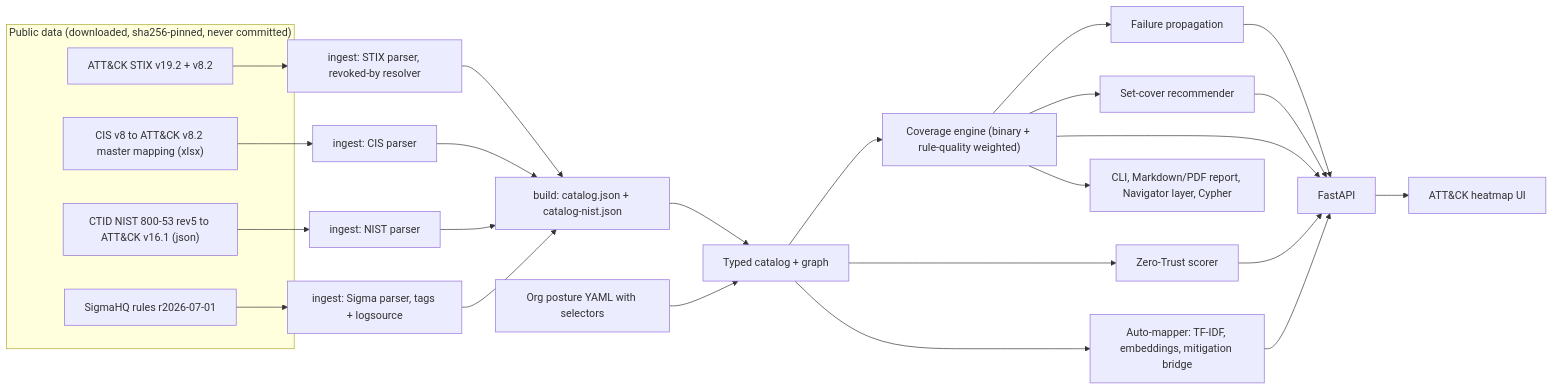
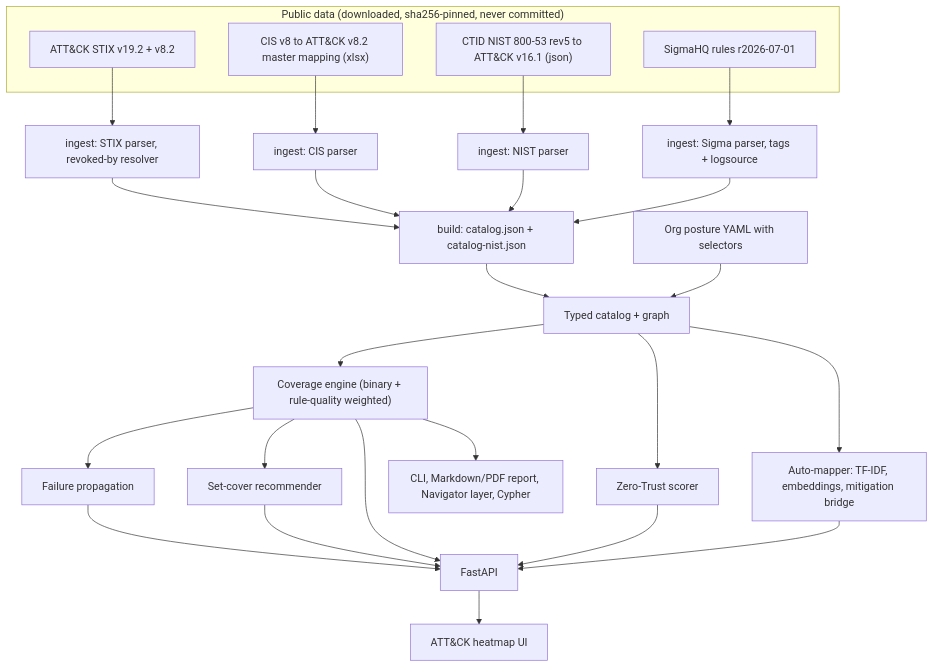
Before and after one commit to rakshit-737/vantage: the diagram in docs/architecture.md, drawn with Mermaid. The commit also changed 14 other files, not shown here.

````diff
--- a/docs/architecture.md
+++ b/docs/architecture.md
@@ -3,31 +3,31 @@
 ```mermaid
-flowchart LR
+flowchart TB
   subgraph DATA["Public data (downloaded, sha256-pinned, never committed)"]
     A["ATT&CK STIX v19.2 + v8.2"]
     C["CIS v8 to ATT&CK v8.2 master mapping (xlsx)"]
     N["CTID NIST 800-53 rev5 to ATT&CK v16.1 (json)"]
     S["SigmaHQ rules r2026-07-01"]
   end
   A --> I["ingest: STIX parser, revoked-by resolver"]
   C --> I2["ingest: CIS parser"]
   N --> I4["ingest: NIST parser"]
   S --> I3["ingest: Sigma parser, tags + logsource"]
   I --> B["build: catalog.json + catalog-nist.json"]
   I2 --> B
   I3 --> B
   I4 --> B
   O["Org posture YAML with selectors"] --> E
   B --> E["Typed catalog + graph"]
   E --> CE["Coverage engine (binary + rule-quality weighted)"]
   CE --> FP["Failure propagation"]
   CE --> RC["Set-cover recommender"]
   E --> ZT["Zero-Trust scorer"]
   E --> AM["Auto-mapper: TF-IDF, embeddings, mitigation bridge"]
   CE --> API["FastAPI"]
   FP --> API
   RC --> API
   ZT --> API
   AM --> API
   API --> UI["ATT&CK heatmap UI"]
   CE --> R["CLI, Markdown/PDF report, Navigator layer, Cypher"]
 ```
````
